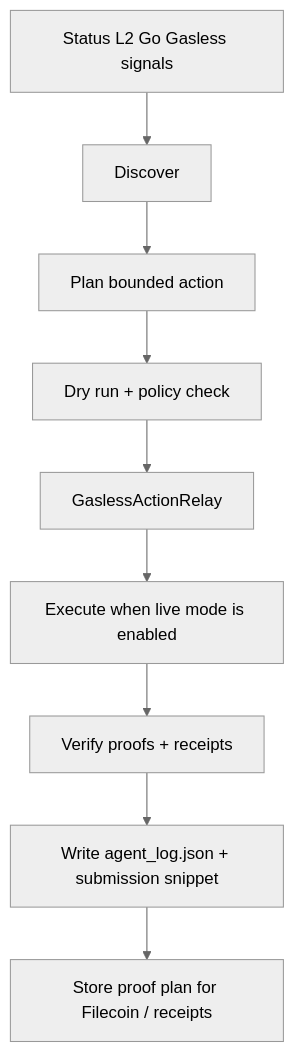
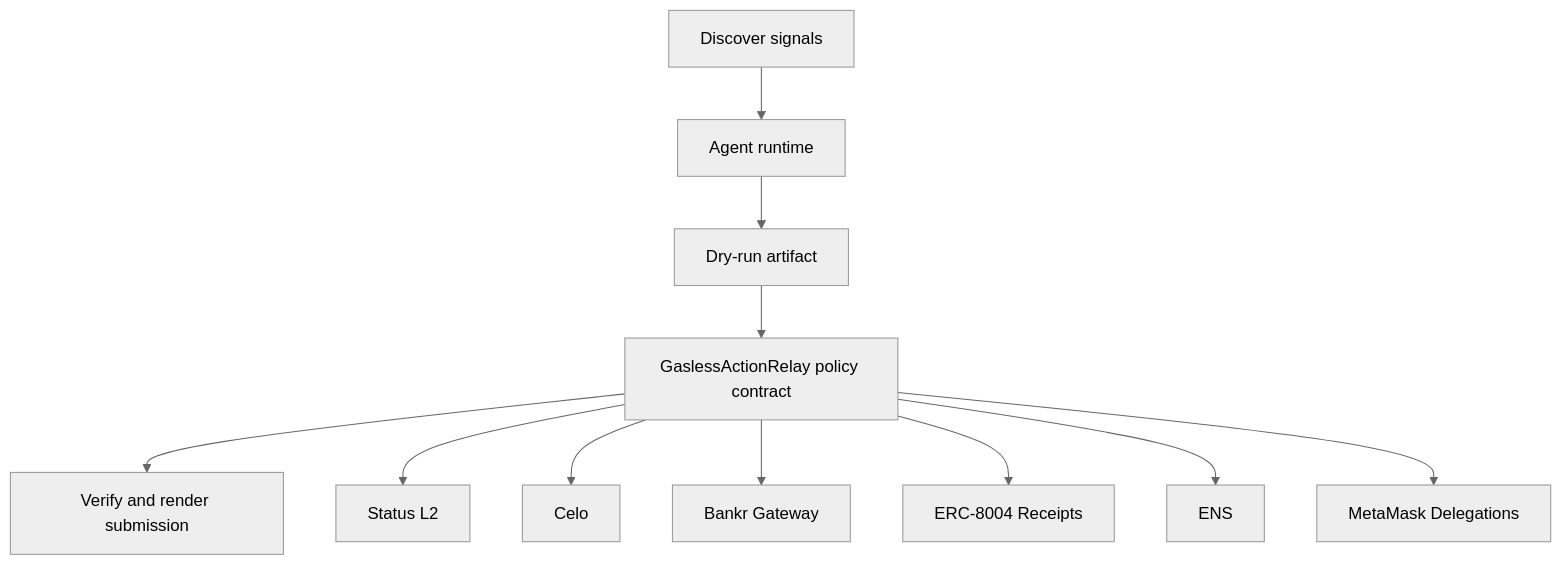
One commit to CrystallineButterfly/Synthesis-StatusL2 changed the diagram in README.md. Above: the diagram before and after it, drawn with Mermaid (neutral theme). The commit also changed other lines of this file and 998 other files, not shown here.

Commit message:
Implement bounded agent runtime

````diff
--- a/README.md
+++ b/README.md
@@ -30,11 +26,15 @@
-        ```mermaid
-        flowchart TD
-    Signals[Status L2 Go Gasless signals] --> Discover[Discover]
-    Discover --> Plan[Plan bounded action]
-    Plan --> DryRun[Dry run + policy check]
-    DryRun --> Guard[GaslessActionRelay]
-    Guard --> Execute[Execute when live mode is enabled]
-    Execute --> Verify[Verify proofs + receipts]
-    Verify --> Persist[Write agent_log.json + submission snippet]
-    Persist --> Storage[Store proof plan for Filecoin / receipts]
-        ```
+```mermaid
+flowchart TD
+    Signals[Discover signals]
+    Planner[Agent runtime]
+    DryRun[Dry-run artifact]
+    Contract[GaslessActionRelay policy contract]
+    Verify[Verify and render submission]
+    Signals --> Planner --> DryRun --> Contract --> Verify
+    Contract --> status_l2[Status L2]
+    Contract --> celo[Celo]
+    Contract --> bankr_gateway[Bankr Gateway]
+    Contract --> erc_8004_receipts[ERC-8004 Receipts]
+    Contract --> ens[ENS]
+    Contract --> metamask_delegations[MetaMask Delegations]
+```
````
